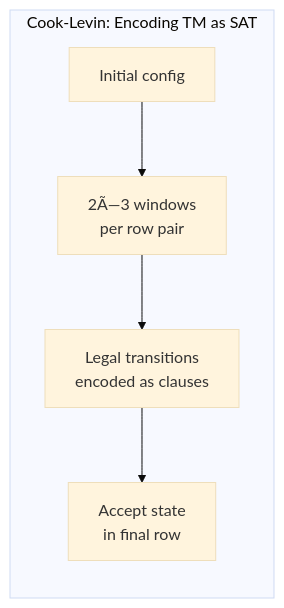
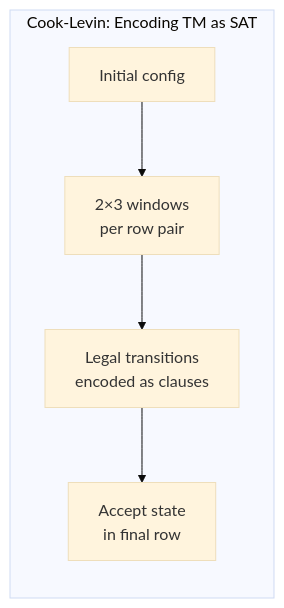
Before and after one commit to Raushan666java/ai-engineering-journey: the second of 4 diagrams in docs/courses/theory-of-computation/13-time-complexity.md, drawn with Mermaid (base theme). The commit also changed other lines of this file and 965 other files, not shown here.

````diff
--- a/docs/courses/theory-of-computation/13-time-complexity.md
+++ b/docs/courses/theory-of-computation/13-time-complexity.md
@@ -199,8 +199,8 @@
 ```mermaid
 flowchart LR
     subgraph "Cook-Levin: Encoding TM as SAT"
-        INIT["Initial config"] --> WINDOW["2Ã—3 windows<br/>per row pair"]
+        INIT["Initial config"] --> WINDOW["2×3 windows<br/>per row pair"]
         WINDOW --> TRANS["Legal transitions<br/>encoded as clauses"]
         TRANS --> ACCEPT["Accept state<br/>in final row"]
     end
 ```
````
